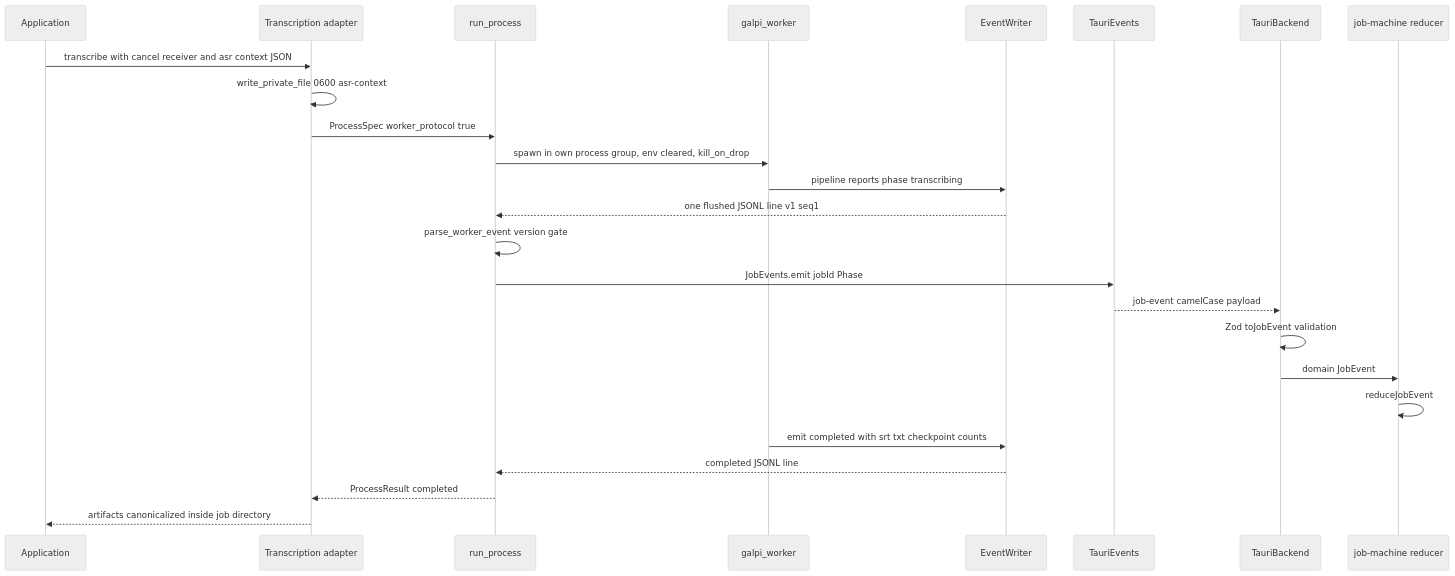
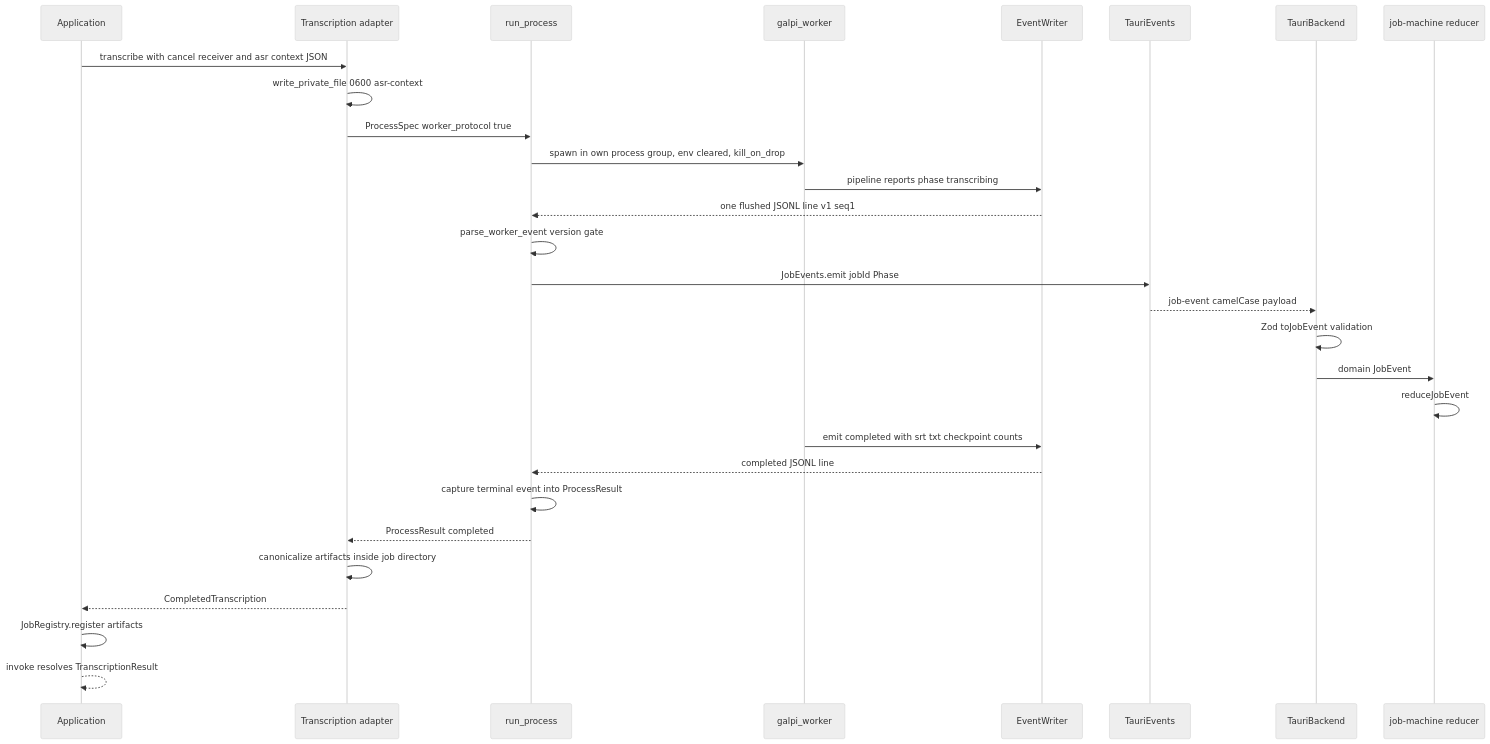
The second of 2 diagrams in openwiki/architecture/worker-protocol.md (m16khb/galpi), drawn with Mermaid (neutral theme) before and after one commit. The commit also changed other lines of this file and 39 other files, not shown here.

````diff
--- a/openwiki/architecture/worker-protocol.md
+++ b/openwiki/architecture/worker-protocol.md
@@ -272,28 +278,32 @@
 ```mermaid
 sequenceDiagram
     participant APP as Application
     participant ADP as Transcription adapter
     participant SUP as run_process
     participant WRK as galpi_worker
     participant EVT as EventWriter
     participant BRG as TauriEvents
     participant FAD as TauriBackend
     participant RDC as job-machine reducer
 
     APP->>ADP: transcribe with cancel receiver and asr context JSON
     ADP->>ADP: write_private_file 0600 asr-context
     ADP->>SUP: ProcessSpec worker_protocol true
     SUP->>WRK: spawn in own process group, env cleared, kill_on_drop
     WRK->>EVT: pipeline reports phase transcribing
     EVT-->>SUP: one flushed JSONL line v1 seq1
     SUP->>SUP: parse_worker_event version gate
     SUP->>BRG: JobEvents.emit jobId Phase
     BRG-->>FAD: job-event camelCase payload
     FAD->>FAD: Zod toJobEvent validation
     FAD->>RDC: domain JobEvent
     RDC->>RDC: reduceJobEvent
     WRK->>EVT: emit completed with srt txt checkpoint counts
     EVT-->>SUP: completed JSONL line
+    SUP->>SUP: capture terminal event into ProcessResult
     SUP-->>ADP: ProcessResult completed
-    ADP-->>APP: artifacts canonicalized inside job directory
+    ADP->>ADP: canonicalize artifacts inside job directory
+    ADP-->>APP: CompletedTranscription
+    APP->>APP: JobRegistry.register artifacts
+    APP-->>APP: invoke resolves TranscriptionResult
 ```
````
